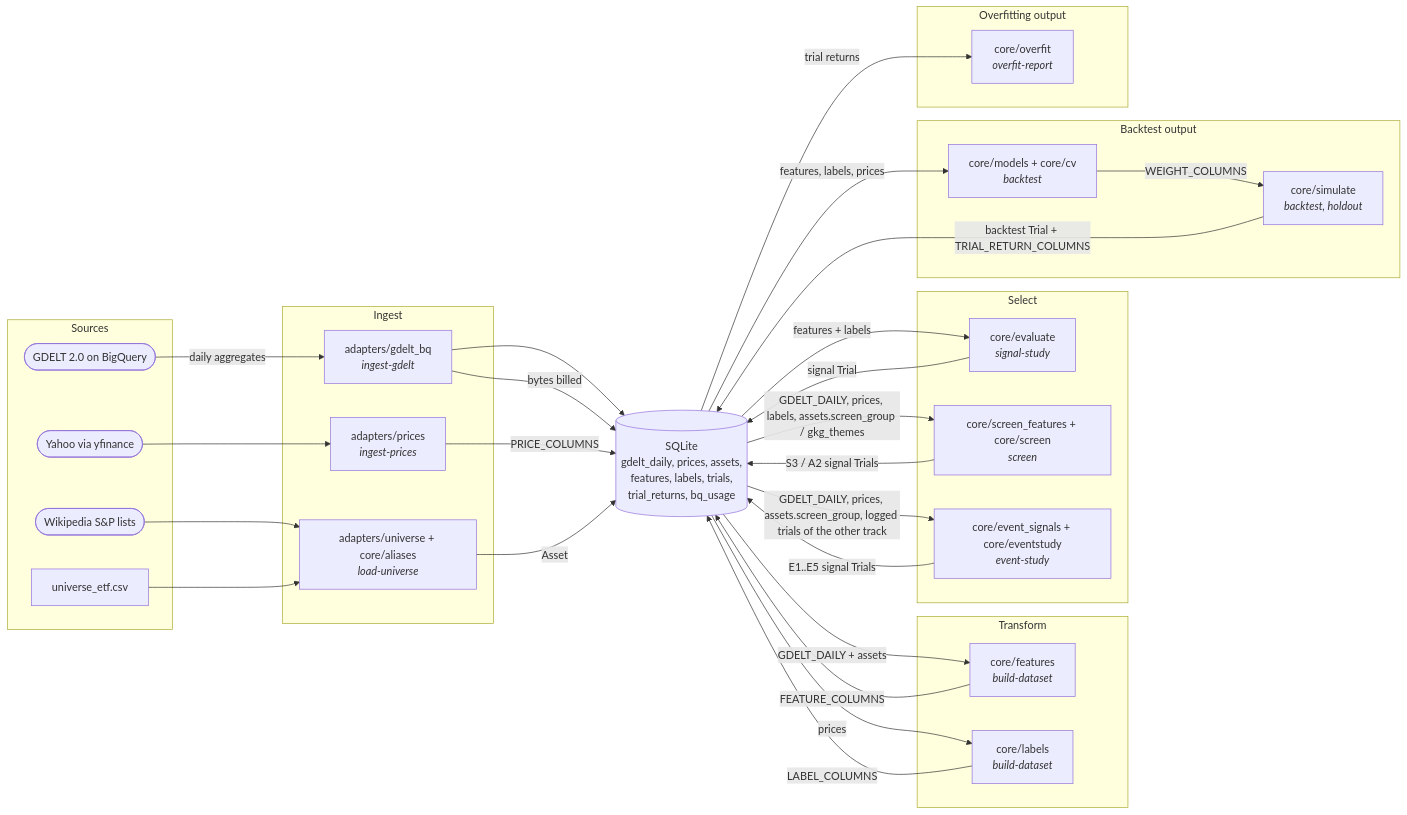
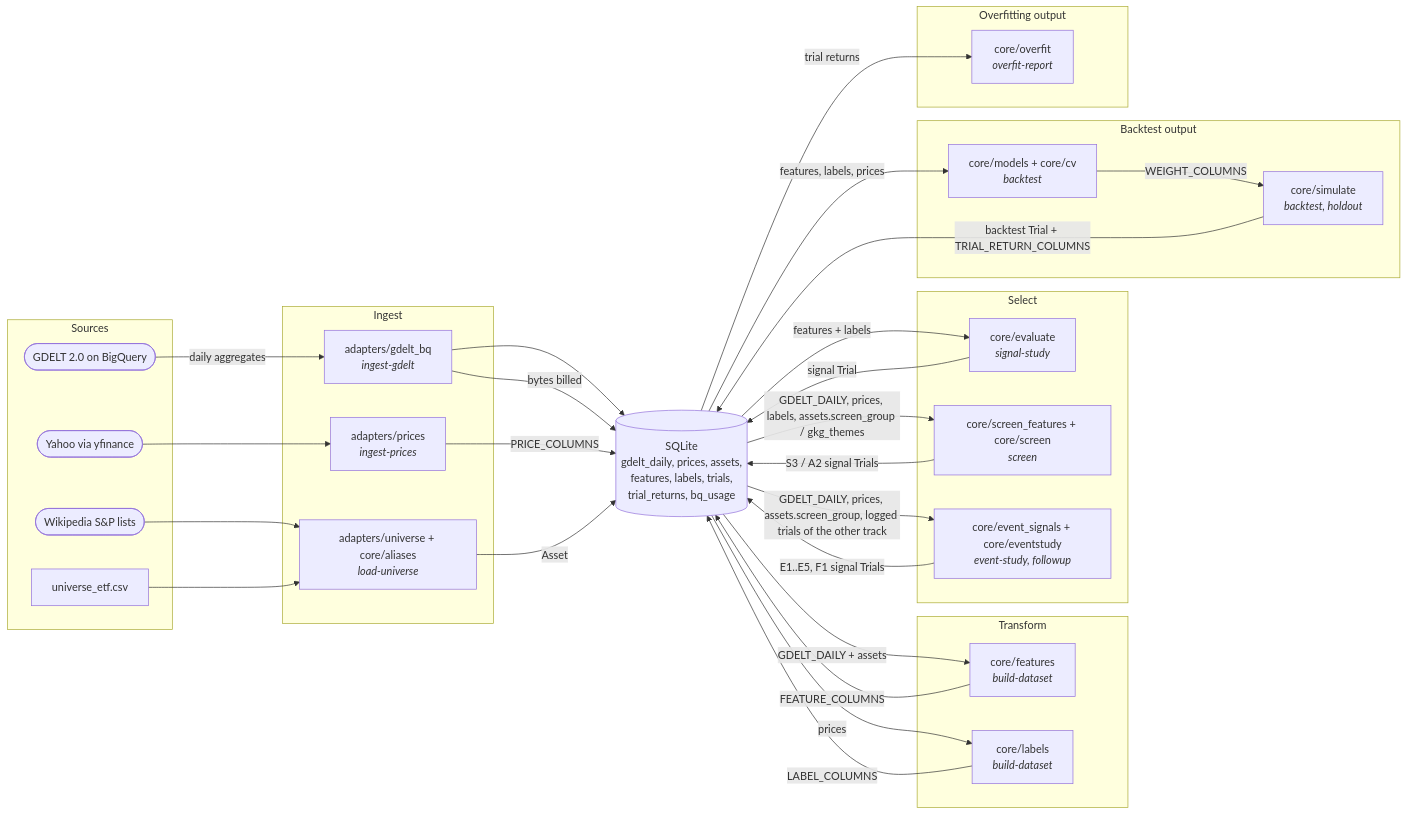
The second of 2 diagrams in docs/components/cli.md (Boyao0305/eventtrade-gdelt), drawn with Mermaid before and after one commit. The commit also changed other lines of this file and 8 other files, not shown here.

````diff
--- a/docs/components/cli.md
+++ b/docs/components/cli.md
@@ -48,44 +49,44 @@
 ```mermaid
 flowchart LR
     subgraph sources[Sources]
         bq([GDELT 2.0 on BigQuery])
         yahoo([Yahoo via yfinance])
         wiki([Wikipedia S&P lists])
         csv[universe_etf.csv]
     end
     subgraph ingest[Ingest]
         gdelt_bq["adapters/gdelt_bq<br/><i>ingest-gdelt</i>"]
         prices["adapters/prices<br/><i>ingest-prices</i>"]
         universe["adapters/universe + core/aliases<br/><i>load-universe</i>"]
     end
     db[(SQLite<br/>gdelt_daily, prices, assets,<br/>features, labels, trials,<br/>trial_returns, bq_usage)]
     subgraph build[Transform]
         features["core/features<br/><i>build-dataset</i>"]
         labels["core/labels<br/><i>build-dataset</i>"]
     end
     subgraph select[Select]
         evaluate["core/evaluate<br/><i>signal-study</i>"]
         screen["core/screen_features + core/screen<br/><i>screen</i>"]
-        eventst["core/event_signals + core/eventstudy<br/><i>event-study</i>"]
+        eventst["core/event_signals + core/eventstudy<br/><i>event-study, followup</i>"]
     end
     subgraph bt[Backtest output]
         models["core/models + core/cv<br/><i>backtest</i>"]
         simulate["core/simulate<br/><i>backtest, holdout</i>"]
     end
     subgraph of[Overfitting output]
         overfit["core/overfit<br/><i>overfit-report</i>"]
     end
     bq -->|daily aggregates| gdelt_bq --> db
     gdelt_bq -->|bytes billed| db
     yahoo --> prices -->|PRICE_COLUMNS| db
     wiki --> universe
     csv --> universe -->|Asset| db
     db -->|GDELT_DAILY + assets| features -->|FEATURE_COLUMNS| db
     db -->|prices| labels -->|LABEL_COLUMNS| db
     db -->|features + labels| evaluate -->|signal Trial| db
     db -->|GDELT_DAILY, prices, labels, assets.screen_group / gkg_themes| screen -->|S3 / A2 signal Trials| db
-    db -->|GDELT_DAILY, prices, assets.screen_group, logged trials of the other track| eventst -->|E1..E5 signal Trials| db
+    db -->|GDELT_DAILY, prices, assets.screen_group, logged trials of the other track| eventst -->|E1..E5, F1 signal Trials| db
     db -->|features, labels, prices| models -->|WEIGHT_COLUMNS| simulate
     simulate -->|backtest Trial + TRIAL_RETURN_COLUMNS| db
     db -->|trial returns| overfit
 ```
````
